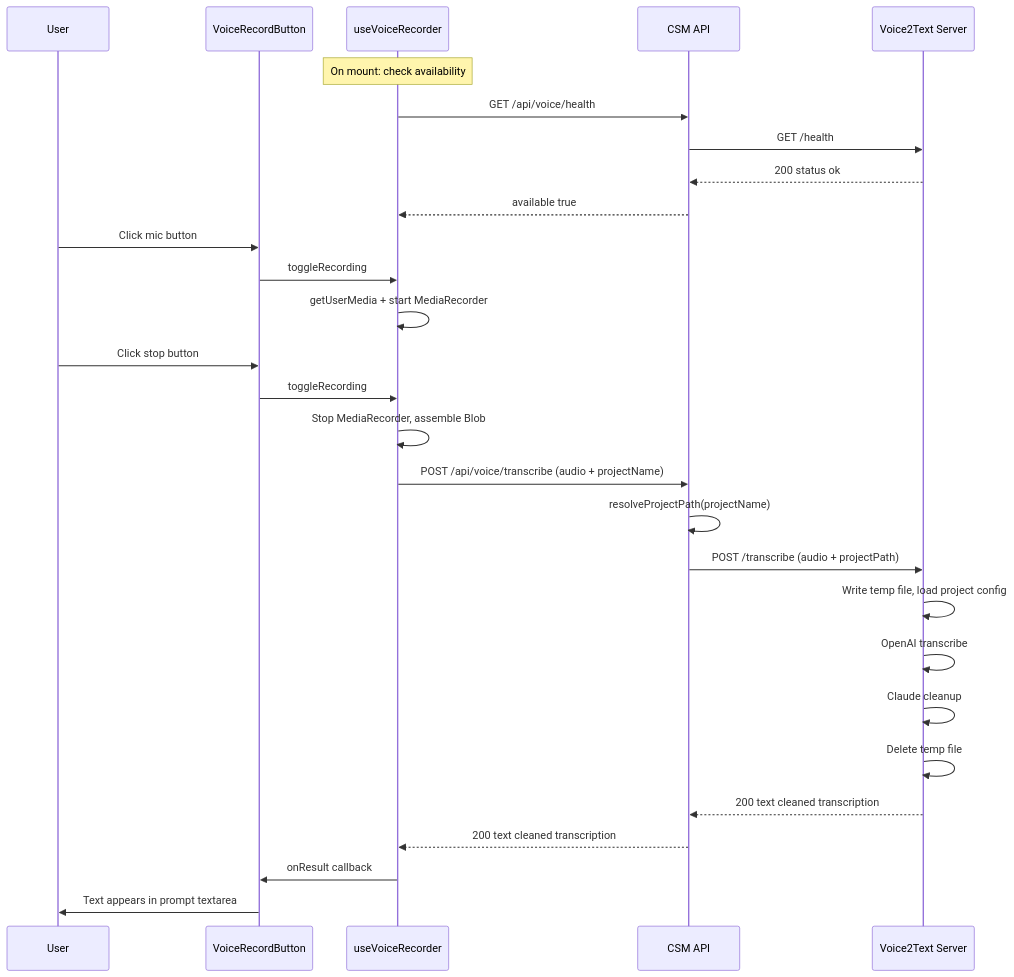
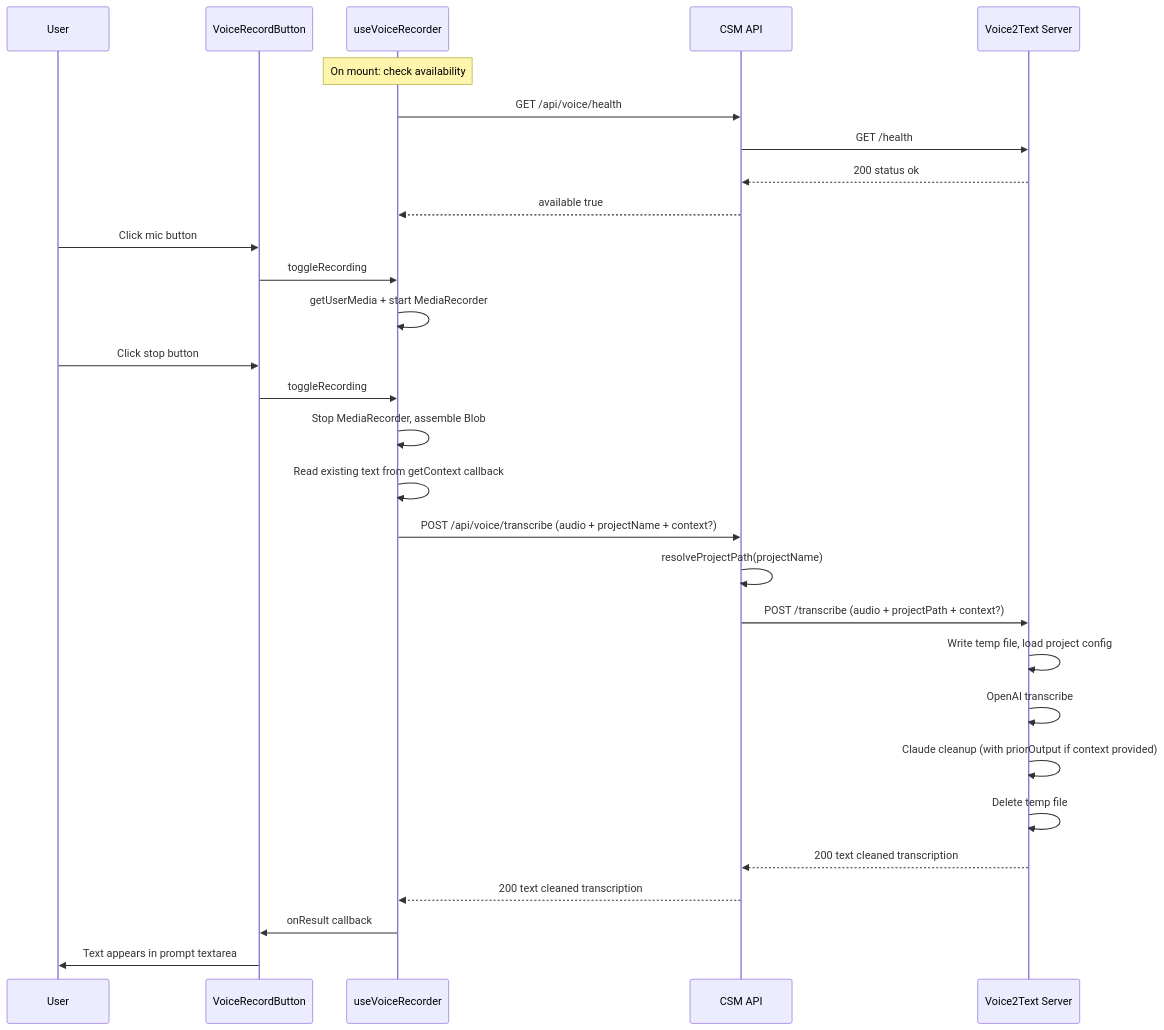
Before and after one commit to amhuppert/remote-ai-manager: the second of 2 diagrams in .kiro/specs/voice-transcription-integration/design.md, drawn with Mermaid. The commit also changed other lines of this file and 8 other files, not shown here.

````diff
--- a/.kiro/specs/voice-transcription-integration/design.md
+++ b/.kiro/specs/voice-transcription-integration/design.md
@@ -93,33 +94,34 @@
 ```mermaid
 sequenceDiagram
     participant U as User
     participant VRB as VoiceRecordButton
     participant Hook as useVoiceRecorder
     participant CSM as CSM API
     participant V2T as Voice2Text Server
 
     Note over Hook: On mount: check availability
     Hook->>CSM: GET /api/voice/health
     CSM->>V2T: GET /health
     V2T-->>CSM: 200 status ok
     CSM-->>Hook: available true
 
     U->>VRB: Click mic button
     VRB->>Hook: toggleRecording
     Hook->>Hook: getUserMedia + start MediaRecorder
 
     U->>VRB: Click stop button
     VRB->>Hook: toggleRecording
     Hook->>Hook: Stop MediaRecorder, assemble Blob
-    Hook->>CSM: POST /api/voice/transcribe (audio + projectName)
+    Hook->>Hook: Read existing text from getContext callback
+    Hook->>CSM: POST /api/voice/transcribe (audio + projectName + context?)
     CSM->>CSM: resolveProjectPath(projectName)
-    CSM->>V2T: POST /transcribe (audio + projectPath)
+    CSM->>V2T: POST /transcribe (audio + projectPath + context?)
     V2T->>V2T: Write temp file, load project config
     V2T->>V2T: OpenAI transcribe
-    V2T->>V2T: Claude cleanup
+    V2T->>V2T: Claude cleanup (with priorOutput if context provided)
     V2T->>V2T: Delete temp file
     V2T-->>CSM: 200 text cleaned transcription
     CSM-->>Hook: 200 text cleaned transcription
     Hook->>VRB: onResult callback
     VRB->>U: Text appears in prompt textarea
 ```
````
